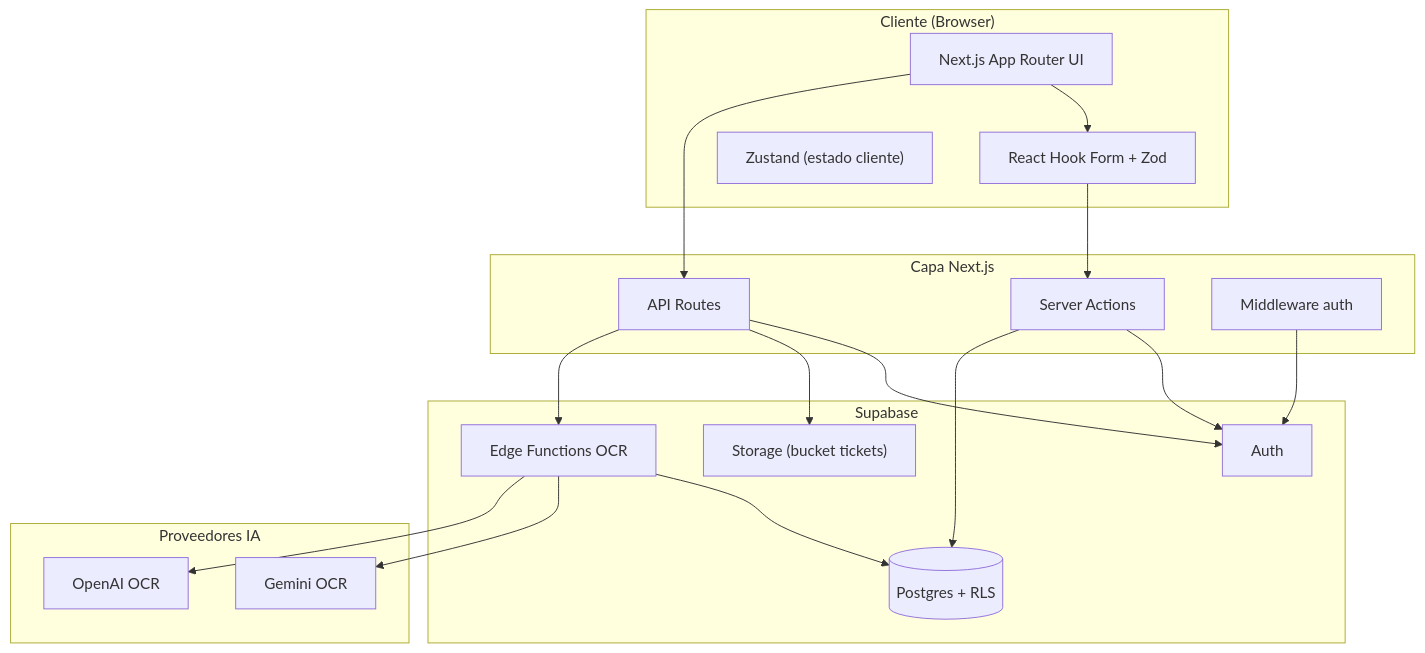
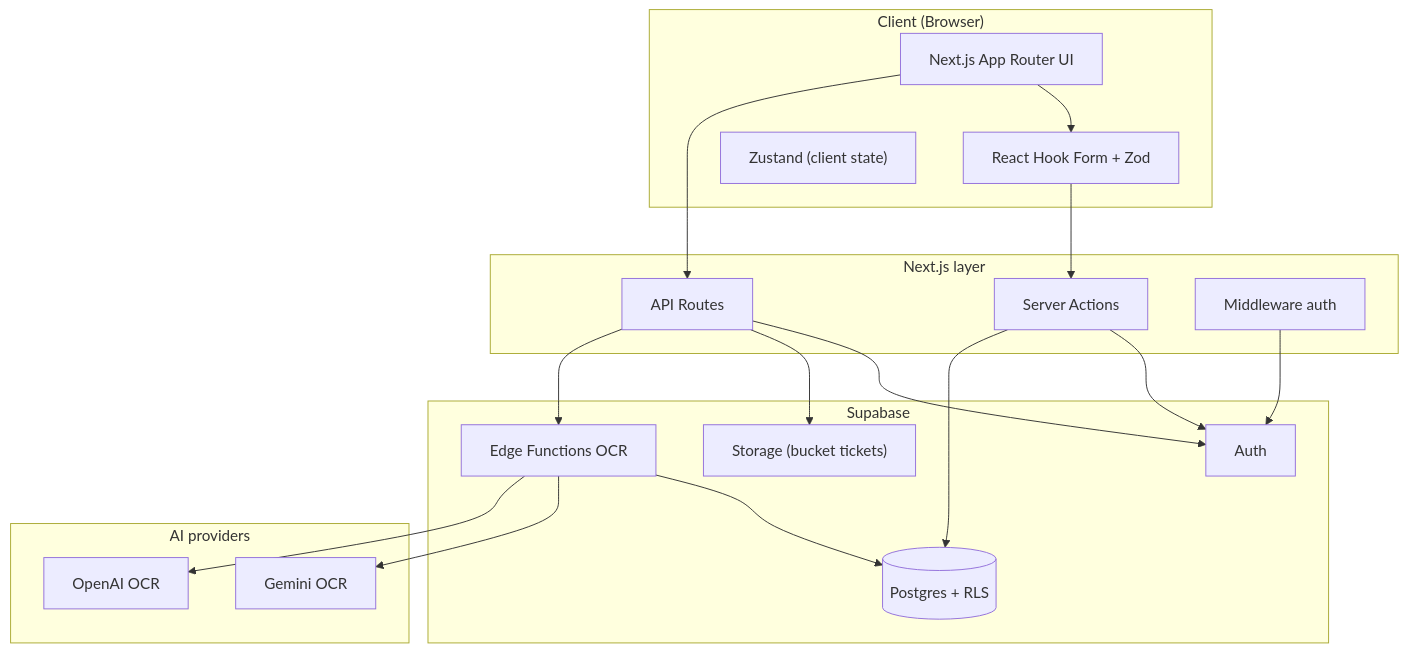
One commit to ljaviertovar/listys-web-app changed the first of 3 diagrams in docs/prd/PRD-v1.md. Above: the diagram before and after it, drawn with Mermaid. The commit also changed other lines of this file and 292 other files, not shown here.

````diff
--- a/docs/prd/PRD-v1.md
+++ b/docs/prd/PRD-v1.md
@@ -143,39 +143,39 @@
 ```mermaid
 flowchart TB
-		subgraph Client["Cliente (Browser)"]
+		 subgraph Client["Client (Browser)"]
 				UI["Next.js App Router UI"]
 				Forms["React Hook Form + Zod"]
-				State["Zustand (estado cliente)"]
+				State["Zustand (client state)"]
 		end
 
-		subgraph Server["Capa Next.js"]
+		 subgraph Server["Next.js layer"]
 				SA["Server Actions"]
 				API["API Routes"]
 				MW["Middleware auth"]
 		end
 
 		subgraph Supabase["Supabase"]
 				Auth["Auth"]
 				DB[("Postgres + RLS")]
 				Storage["Storage (bucket tickets)"]
 				Edge["Edge Functions OCR"]
 		end
 
-		subgraph AI["Proveedores IA"]
+		 subgraph AI["AI providers"]
 				Gemini["Gemini OCR"]
 				OpenAI["OpenAI OCR"]
 		end
 
 		UI --> Forms
 		Forms --> SA
 		UI --> API
 		MW --> Auth
 		SA --> Auth
 		SA --> DB
 		API --> Auth
 		API --> Storage
 		API --> Edge
 		Edge --> DB
 		Edge --> Gemini
 		Edge --> OpenAI
 ```
````
